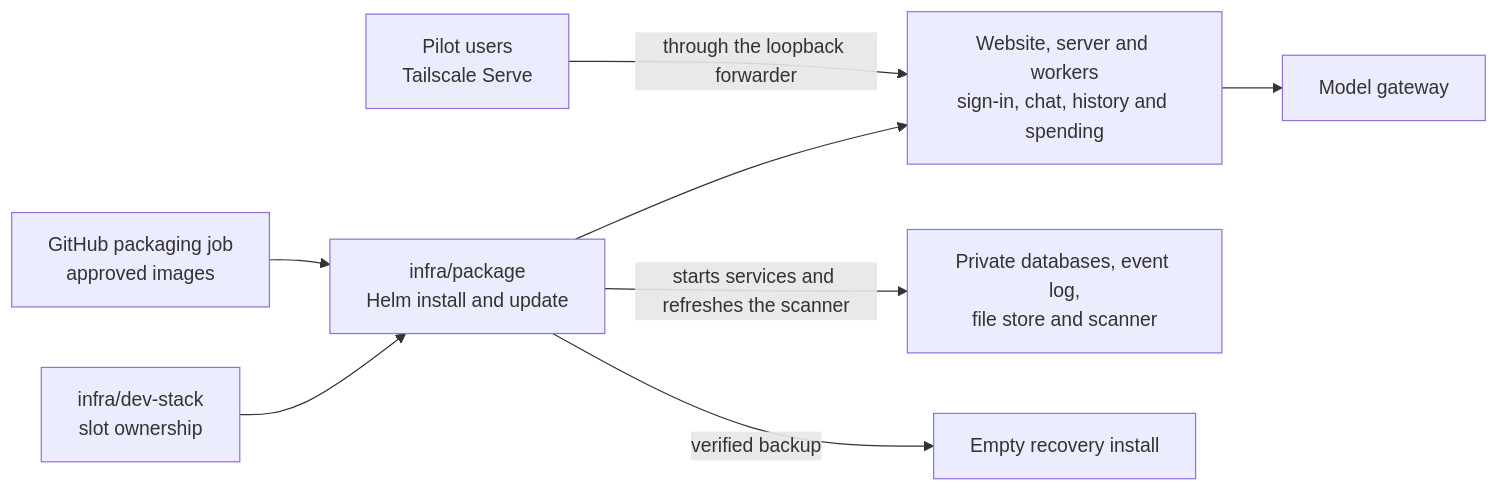
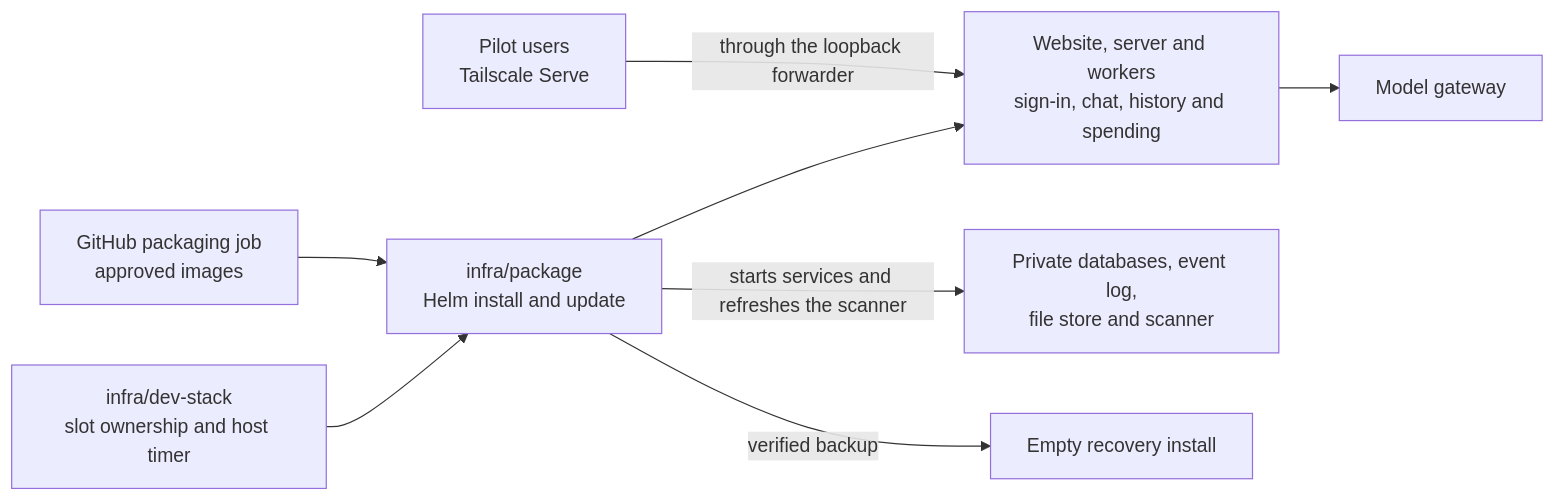
One commit to elewa-git/opencrane-new changed the diagram in infra/package/README.md. Above: the diagram before and after it, drawn with Mermaid. The commit also changed 1 other file, not shown here.

Commit message:
📝 Keep the scanner and provider ledger entries separate

````diff
--- a/infra/package/README.md
+++ b/infra/package/README.md
@@ -19,10 +19,10 @@
 ```mermaid
 flowchart LR
-  stack["infra/dev-stack<br/>slot ownership"] --> package["infra/package<br/>Helm install and update"]
+  stack["infra/dev-stack<br/>slot ownership and host timer"] --> package["infra/package<br/>Helm install and update"]
   ci["GitHub packaging job<br/>approved images"] --> package
   package --> apps["Website, server and workers<br/>sign-in, chat, history and spending"]
   tailnet["Pilot users<br/>Tailscale Serve"] -->|through the loopback forwarder| apps
   package -->|starts services and refreshes the scanner| services["Private databases, event log,<br/>file store and scanner"]
   apps --> models["Model gateway"]
   package -->|verified backup| recovery["Empty recovery install"]
 ```
````
